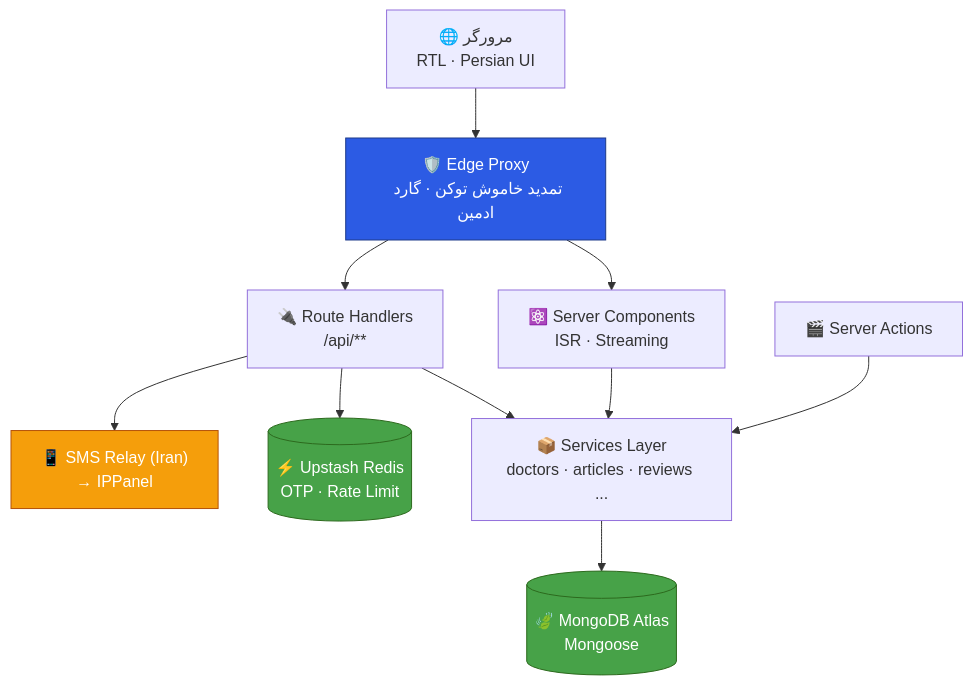
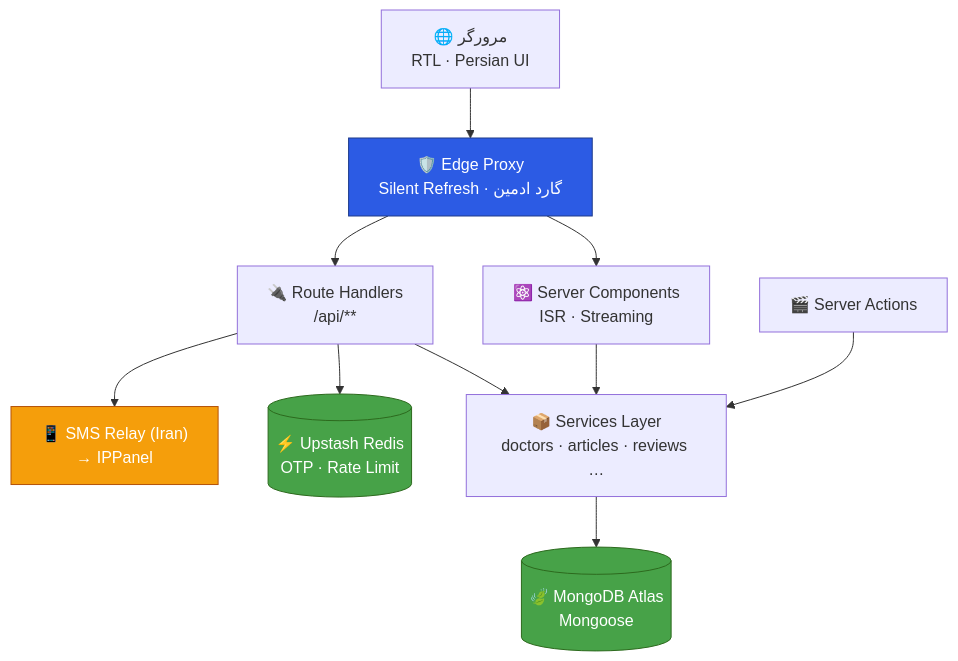
One commit to rezaian-dev/doctor-booking changed the second of 4 diagrams in README.md. Above: the diagram before and after it, drawn with Mermaid. The commit also changed other lines of this file, not shown here.

Commit message:
docs(readme): revamp README — engineering highlights, architecture & accurate stats 📝✨

````diff
--- a/README.md
+++ b/README.md
@@ -317,29 +392,29 @@
 ```mermaid
 flowchart TD
     Client["🌐 مرورگر<br/>RTL · Persian UI"]
-    Proxy["🛡️ Edge Proxy<br/>تمدید خاموش توکن · گارد ادمین"]
+    Proxy["🛡️ Edge Proxy<br/>Silent Refresh · گارد ادمین"]
     RSC["⚛️ Server Components<br/>ISR · Streaming"]
     API["🔌 Route Handlers<br/>/api/**"]
     Actions["🎬 Server Actions"]
-    Services["📦 Services Layer<br/>doctors · articles · reviews ..."]
+    Services["📦 Services Layer<br/>doctors · articles · reviews …"]
     DB[("🍃 MongoDB Atlas<br/>Mongoose")]
     Redis[("⚡ Upstash Redis<br/>OTP · Rate Limit")]
     SMS["📱 SMS Relay (Iran)<br/>→ IPPanel"]
 
     Client --> Proxy
     Proxy --> RSC
     Proxy --> API
     RSC --> Services
     API --> Services
     Actions --> Services
     Services --> DB
     API --> Redis
     API --> SMS
 
     classDef edge fill:#2c5be4,stroke:#1e3a8a,color:#fff
     classDef data fill:#47A248,stroke:#2d6a1e,color:#fff
     classDef ext fill:#f59e0b,stroke:#b45309,color:#fff
     class Proxy edge
     class DB,Redis data
     class SMS ext
 ```
````
